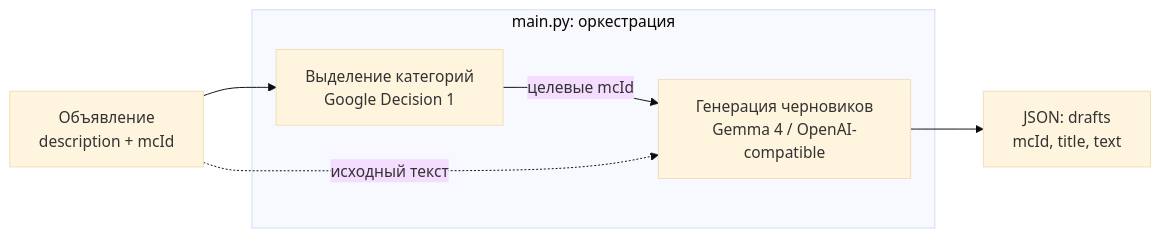
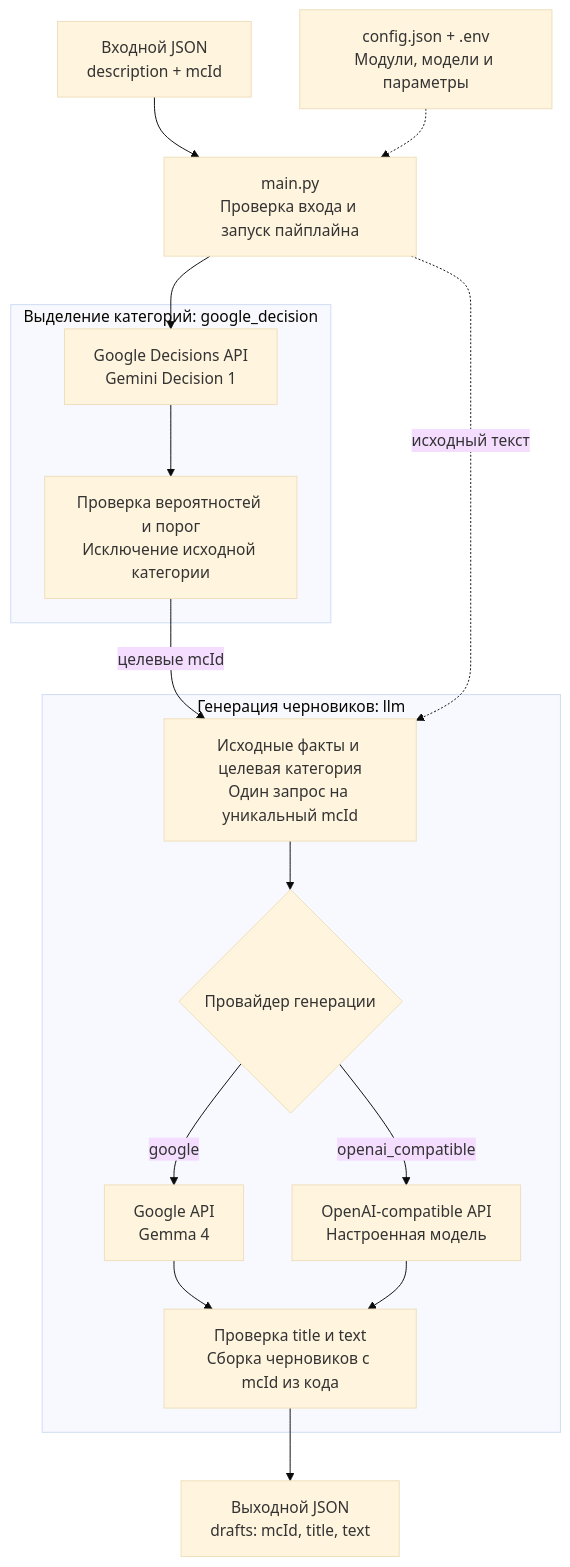
Before and after one commit to one-zero-eight/hackathon-innoglobalhack-avito: the diagram in docs/architecture.md, drawn with Mermaid (base theme). The commit also changed other lines of this file, not shown here.

Commit message:
docs: show key stages and providers in architecture overview

````diff
--- a/docs/architecture.md
+++ b/docs/architecture.md
@@ -3,9 +3,21 @@
 ```mermaid
-flowchart LR
-    INPUT["Объявление<br/>description + mcId"] --> EXTRACT
-    subgraph PIPELINE["main.py: оркестрация"]
-        EXTRACT["Выделение категорий<br/>Google Decision 1"] -->|целевые mcId| GENERATE["Генерация черновиков<br/>Gemma 4 / OpenAI-compatible"]
+flowchart TD
+    INPUT["Входной JSON<br/>description + mcId"] --> MAIN["main.py<br/>Проверка входа и запуск пайплайна"]
+    CONFIG["config.json + .env<br/>Модули, модели и параметры"] -.-> MAIN
+
+    subgraph EXTRACTION["Выделение категорий: google_decision"]
+        DECISION["Google Decisions API<br/>Gemini Decision 1"] --> TARGETS["Проверка вероятностей и порог<br/>Исключение исходной категории"]
     end
-    INPUT -.->|исходный текст| GENERATE
-    GENERATE --> OUTPUT["JSON: drafts<br/>mcId, title, text"]
+    MAIN --> DECISION
+
+    subgraph GENERATION["Генерация черновиков: llm"]
+        PROMPT["Исходные факты и целевая категория<br/>Один запрос на уникальный mcId"] --> PROVIDER{"Провайдер генерации"}
+        PROVIDER -->|google| GEMMA["Google API<br/>Gemma 4"]
+        PROVIDER -->|openai_compatible| CHAT["OpenAI-compatible API<br/>Настроенная модель"]
+        GEMMA --> VALIDATE["Проверка title и text<br/>Сборка черновиков с mcId из кода"]
+        CHAT --> VALIDATE
+    end
+    TARGETS -->|целевые mcId| PROMPT
+    MAIN -.->|исходный текст| PROMPT
+    VALIDATE --> OUTPUT["Выходной JSON<br/>drafts: mcId, title, text"]
 ```
````
